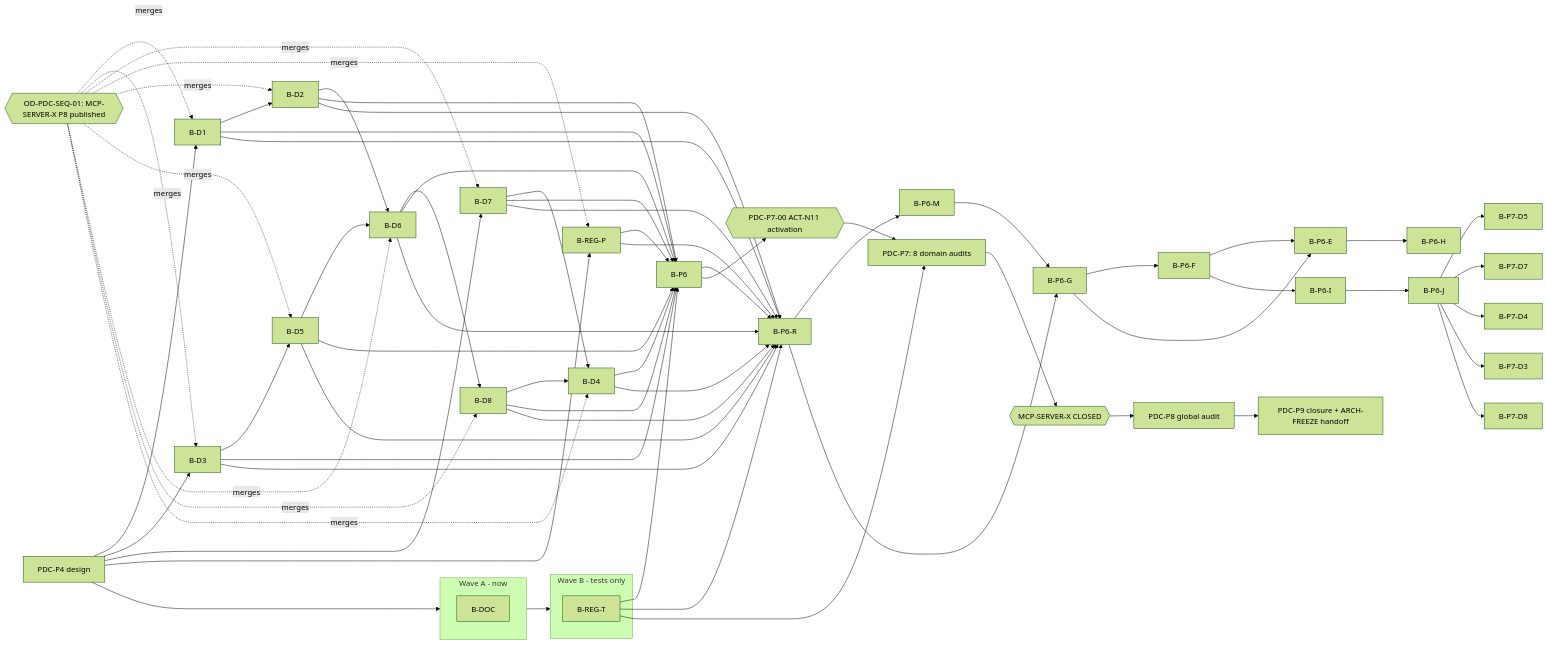
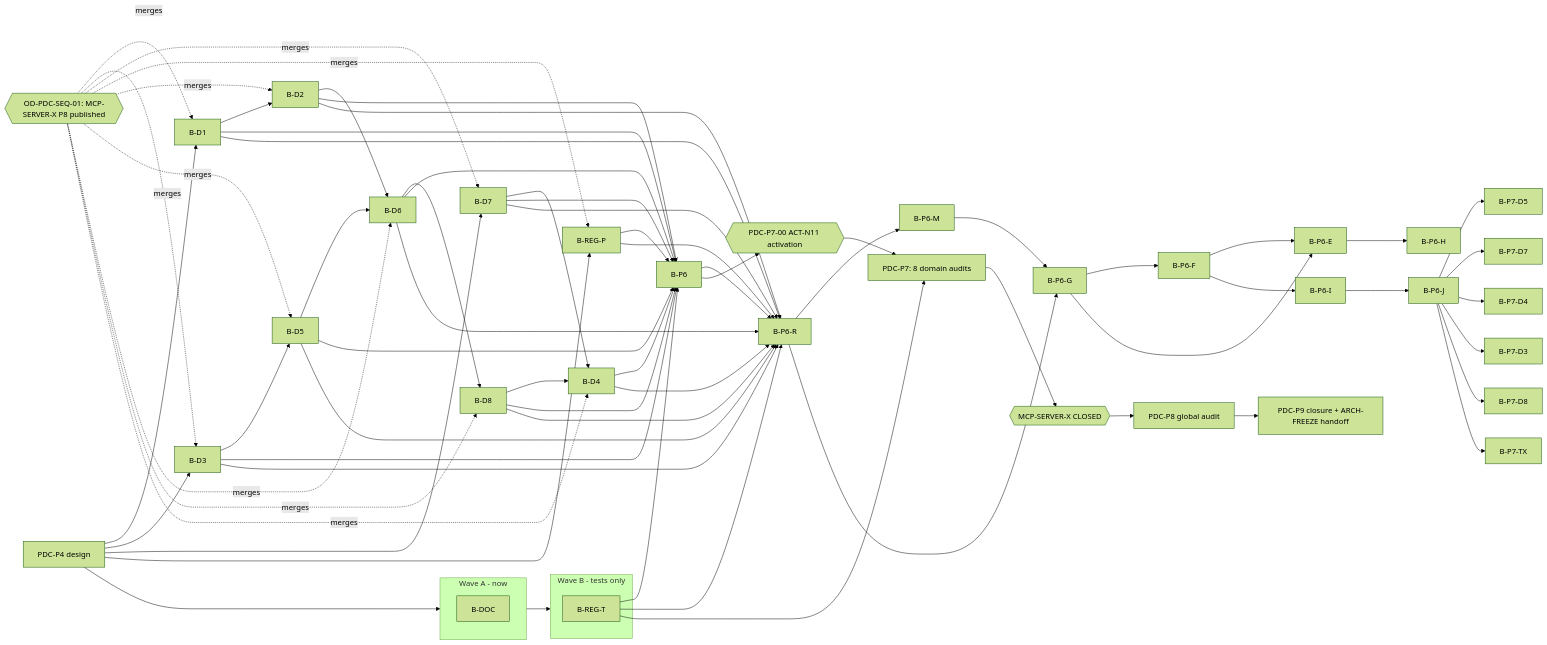
Before and after one commit to jakbuczarnecki/intergrax: the diagram in docs/project/maintainers/qualification/platform_domain_completeness/PDC_DEPENDENCY_DAG.md, drawn with Mermaid (forest theme). The commit also changed other lines of this file and 4 other files, not shown here.

````diff
--- a/docs/project/maintainers/qualification/platform_domain_completeness/PDC_DEPENDENCY_DAG.md
+++ b/docs/project/maintainers/qualification/platform_domain_completeness/PDC_DEPENDENCY_DAG.md
@@ -5,59 +5,60 @@
 ```mermaid
 graph LR
   P4[PDC-P4 design] --> WA
   subgraph WA[Wave A - now]
     B-DOC
   end
   subgraph WB[Wave B - tests only]
     B-REG-T
   end
   WA --> WB
   GATE{{OD-PDC-SEQ-01: MCP-SERVER-X P8 published}}
   B-D1 --> B-D2
   B-D3 --> B-D5
   B-D2 --> B-D6
   B-D5 --> B-D6
   B-D6 --> B-D8
   B-D7 --> B-D4
   B-D8 --> B-D4
   B-D1 --> B-P6
   B-D2 --> B-P6
   B-D3 --> B-P6
   B-D4 --> B-P6
   B-D5 --> B-P6
   B-D6 --> B-P6
   B-D7 --> B-P6
   B-D8 --> B-P6
   B-REG-P --> B-P6
   B-REG-T --> B-P6
   B-D1 --> B-P6-R
   B-D2 --> B-P6-R
   B-D3 --> B-P6-R
   B-D4 --> B-P6-R
   B-D5 --> B-P6-R
   B-D6 --> B-P6-R
   B-D7 --> B-P6-R
   B-D8 --> B-P6-R
   B-REG-P --> B-P6-R
   B-REG-T --> B-P6-R
   B-P6 --> B-P6-R
   B-P6-R --> B-P6-M
   B-P6-R --> B-P6-G
   B-P6-M --> B-P6-G
   B-P6-G --> B-P6-F
   B-P6-G --> B-P6-E
   B-P6-F --> B-P6-E
   B-P6-E --> B-P6-H
   B-P6-F --> B-P6-I
   B-P6-I --> B-P6-J
   B-P6-J --> B-P7-D5
   B-P6-J --> B-P7-D7
   B-P6-J --> B-P7-D4
   B-P6-J --> B-P7-D3
   B-P6-J --> B-P7-D8
+  B-P6-J --> B-P7-TX
   P4 --> B-D1 & B-D3 & B-D7 & B-REG-P
   GATE -. merges .-> B-D1 & B-D3 & B-D7 & B-REG-P & B-D2 & B-D5 & B-D6 & B-D8 & B-D4
   B-P6 --> ACT{{PDC-P7-00 ACT-N11 activation}} --> P7[PDC-P7: 8 domain audits]
   B-REG-T --> P7
   P7 --> MCPC{{MCP-SERVER-X CLOSED}} --> P8[PDC-P8 global audit] --> P9[PDC-P9 closure + ARCH-FREEZE handoff]
 ```
````
